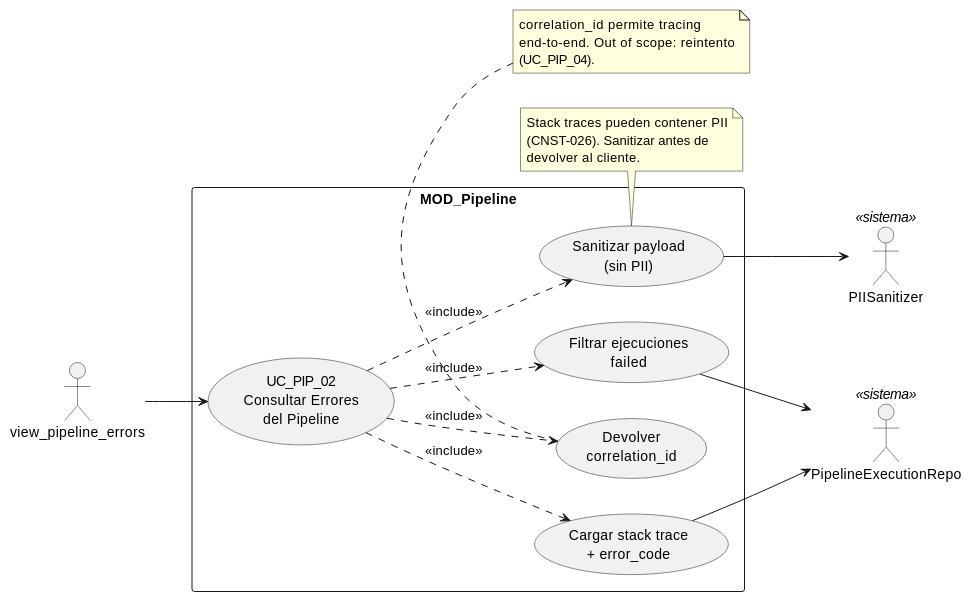
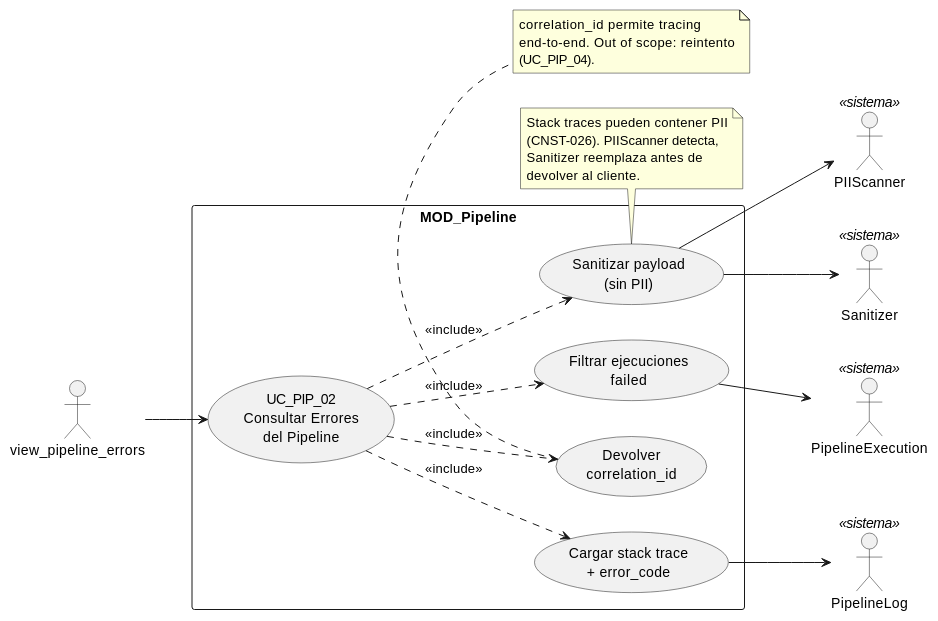
Before and after one commit to jcg-admin/IACT-docs: the diagram in source/requisitos/casos-uso/pipeline/uc-pip-02/diagramas-uml/diagrama-de-caso-de-uso.rst, drawn with PlantUML. The commit also changed other lines of this file and 52 other files, not shown here.

```diff
--- a/source/requisitos/casos-uso/pipeline/uc-pip-02/diagramas-uml/diagrama-de-caso-de-uso.rst
+++ b/source/requisitos/casos-uso/pipeline/uc-pip-02/diagramas-uml/diagrama-de-caso-de-uso.rst
@@ -4,42 +4,46 @@
 .. uml::
  :caption: UC_PIP_02 — actores y casos asociados
 
  @startuml
 
  left to right direction
 
  actor "view_pipeline_errors" as INVOKER
- actor "PipelineExecutionRepo" as REPO <<sistema>>
- actor "PIISanitizer" as SANITIZER <<sistema>>
+ actor "PipelineLog" as PL <<sistema>>
+ actor "PipelineExecution" as PE <<sistema>>
+ actor "PIIScanner" as PII <<sistema>>
+ actor "Sanitizer" as SAN <<sistema>>
 
  rectangle "MOD_Pipeline" {
    usecase "UC_PIP_02\nConsultar Errores\ndel Pipeline" as UC_PIP_02
    usecase "Filtrar ejecuciones\nfailed" as FILTRAR
    usecase "Cargar stack trace\n+ error_code" as CARGAR_TRACE
    usecase "Sanitizar payload\n(sin PII)" as SANITIZAR
    usecase "Devolver\ncorrelation_id" as CORRELATION
  }
 
  INVOKER --> UC_PIP_02
  UC_PIP_02 ..> FILTRAR : <<include>>
  UC_PIP_02 ..> CARGAR_TRACE : <<include>>
  UC_PIP_02 ..> SANITIZAR : <<include>>
  UC_PIP_02 ..> CORRELATION : <<include>>
 
- FILTRAR --> REPO
- CARGAR_TRACE --> REPO
- SANITIZAR --> SANITIZER
+ FILTRAR --> PE
+ CARGAR_TRACE --> PL
+ SANITIZAR --> PII
+ SANITIZAR --> SAN
 
  note bottom of SANITIZAR
    Stack traces pueden contener PII
-   (CNST-026). Sanitizar antes de
+   (CNST-026). PIIScanner detecta,
+   Sanitizer reemplaza antes de
    devolver al cliente.
  end note
 
  note bottom of CORRELATION
    correlation_id permite tracing
    end-to-end. Out of scope: reintento
    (UC_PIP_04).
  end note
 
  @enduml
```
